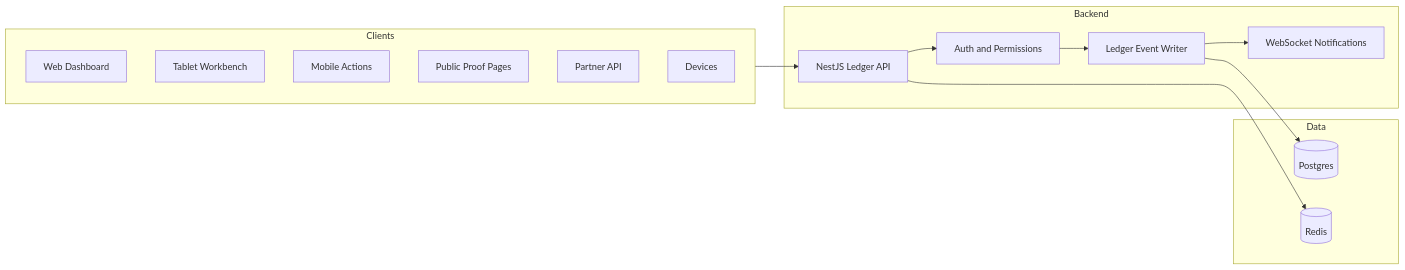
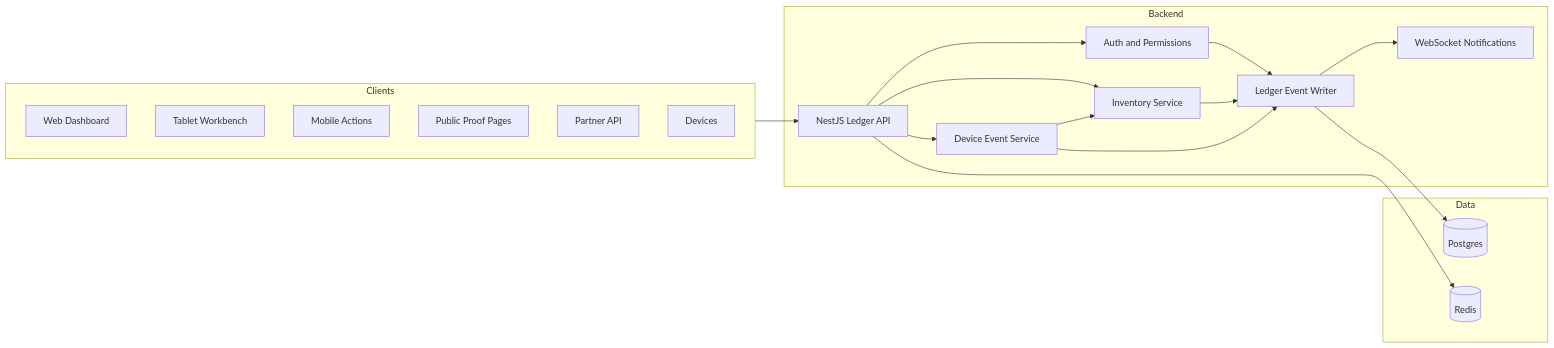
The second of 5 diagrams in documentation/architecture/architecture.md (JeffreySanford/true-north-ledger), drawn with Mermaid before and after one commit. The commit also changed other lines of this file and 13 other files, not shown here.

````diff
--- a/documentation/architecture/architecture.md
+++ b/documentation/architecture/architecture.md
@@ -26,30 +26,37 @@
 ```mermaid
 flowchart LR
   subgraph Clients
     web[Web Dashboard]
     tablet[Tablet Workbench]
     mobile[Mobile Actions]
     proof[Public Proof Pages]
     partner[Partner API]
     device[Devices]
   end
 
   subgraph Backend
     api[NestJS Ledger API]
     auth[Auth and Permissions]
+    inventory[Inventory Service]
+    devices[Device Event Service]
     writer[Ledger Event Writer]
     notify[WebSocket Notifications]
   end
 
   subgraph Data
     pg[(Postgres)]
     redis[(Redis)]
   end
 
   Clients --> api
   api --> auth
+  api --> inventory
+  api --> devices
   auth --> writer
+  inventory --> writer
+  devices --> inventory
+  devices --> writer
   writer --> pg
   writer --> notify
   api --> redis
 ```
````
